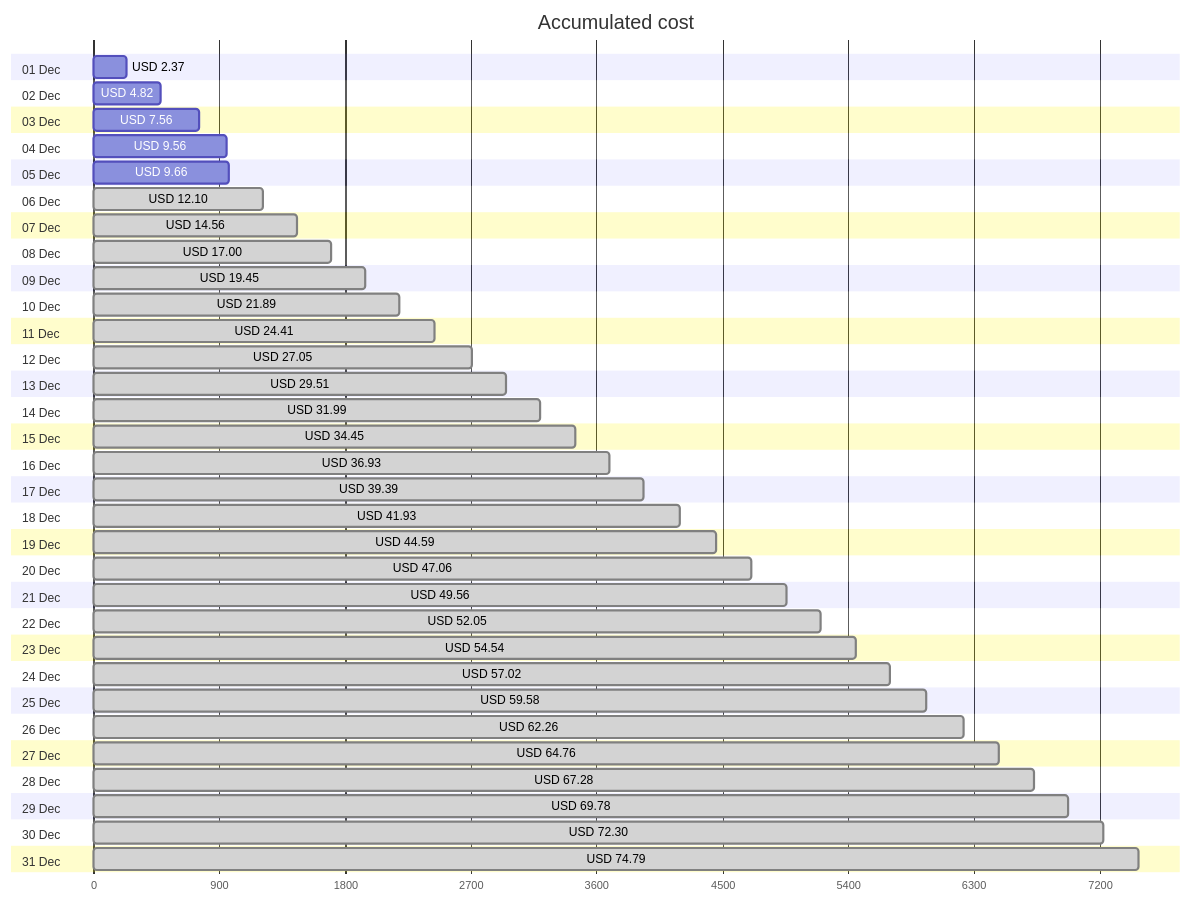
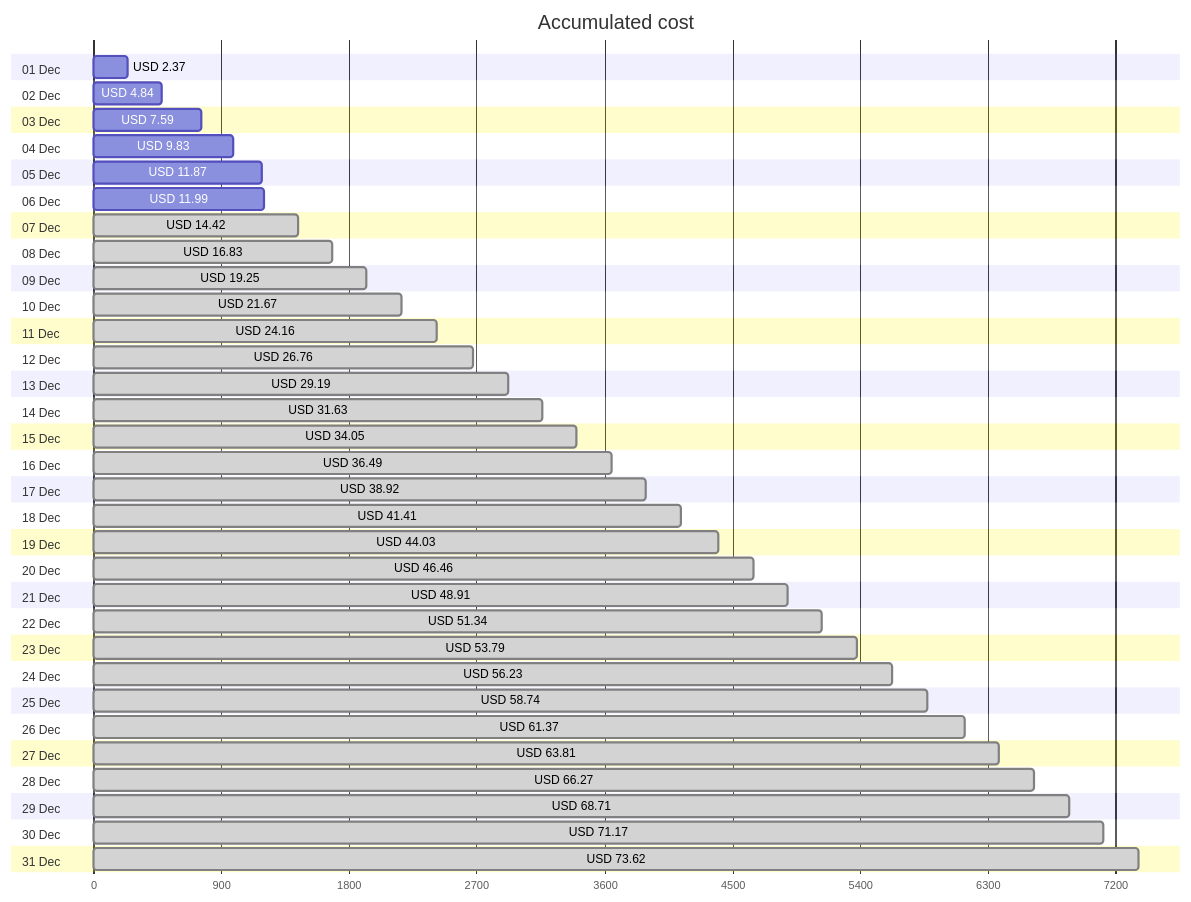
One commit to jpfulton/azure-personal-reports changed the first of 4 diagrams in cost-reports/accumulated-cost.md. Above: the diagram before and after it, drawn with Mermaid. The commit also changed other lines of this file and 4 other files, not shown here.

````diff
--- a/cost-reports/accumulated-cost.md
+++ b/cost-reports/accumulated-cost.md
@@ -20,68 +20,68 @@
 ```mermaid
 gantt
    title Accumulated cost
    dateFormat  X
    axisFormat %s
    section 01 Dec
    USD 2.37 :0, 237
    section 02 Dec
-   USD 4.82 :0, 482
+   USD 4.84 :0, 484
    section 03 Dec
-   USD 7.56 :0, 756
+   USD 7.59 :0, 759
    section 04 Dec
-   USD 9.56 :0, 956
+   USD 9.83 :0, 983
    section 05 Dec
-   USD 9.66 :0, 966
+   USD 11.87 :0, 1187
    section 06 Dec
-   USD 12.10 : done, 0, 1210
+   USD 11.99 :0, 1199
    section 07 Dec
-   USD 14.56 : done, 0, 1456
+   USD 14.42 : done, 0, 1442
    section 08 Dec
-   USD 17.00 : done, 0, 1700
+   USD 16.83 : done, 0, 1683
    section 09 Dec
-   USD 19.45 : done, 0, 1945
+   USD 19.25 : done, 0, 1925
    section 10 Dec
-   USD 21.89 : done, 0, 2189
+   USD 21.67 : done, 0, 2167
    section 11 Dec
-   USD 24.41 : done, 0, 2441
+   USD 24.16 : done, 0, 2416
    section 12 Dec
-   USD 27.05 : done, 0, 2705
+   USD 26.76 : done, 0, 2676
    section 13 Dec
-   USD 29.51 : done, 0, 2951
+   USD 29.19 : done, 0, 2919
    section 14 Dec
-   USD 31.99 : done, 0, 3199
+   USD 31.63 : done, 0, 3163
    section 15 Dec
-   USD 34.45 : done, 0, 3445
+   USD 34.05 : done, 0, 3405
    section 16 Dec
-   USD 36.93 : done, 0, 3693
+   USD 36.49 : done, 0, 3649
    section 17 Dec
-   USD 39.39 : done, 0, 3939
+   USD 38.92 : done, 0, 3892
    section 18 Dec
-   USD 41.93 : done, 0, 4193
+   USD 41.41 : done, 0, 4141
    section 19 Dec
-   USD 44.59 : done, 0, 4459
+   USD 44.03 : done, 0, 4403
    section 20 Dec
-   USD 47.06 : done, 0, 4706
+   USD 46.46 : done, 0, 4646
    section 21 Dec
-   USD 49.56 : done, 0, 4956
+   USD 48.91 : done, 0, 4891
    section 22 Dec
-   USD 52.05 : done, 0, 5205
+   USD 51.34 : done, 0, 5134
    section 23 Dec
-   USD 54.54 : done, 0, 5454
+   USD 53.79 : done, 0, 5379
    section 24 Dec
-   USD 57.02 : done, 0, 5702
+   USD 56.23 : done, 0, 5623
    section 25 Dec
-   USD 59.58 : done, 0, 5958
+   USD 58.74 : done, 0, 5874
    section 26 Dec
-   USD 62.26 : done, 0, 6226
+   USD 61.37 : done, 0, 6137
    section 27 Dec
-   USD 64.76 : done, 0, 6476
+   USD 63.81 : done, 0, 6381
    section 28 Dec
-   USD 67.28 : done, 0, 6728
+   USD 66.27 : done, 0, 6627
    section 29 Dec
-   USD 69.78 : done, 0, 6978
+   USD 68.71 : done, 0, 6871
    section 30 Dec
-   USD 72.30 : done, 0, 7230
+   USD 71.17 : done, 0, 7117
    section 31 Dec
-   USD 74.79 : done, 0, 7479
+   USD 73.62 : done, 0, 7362
 ```
````
